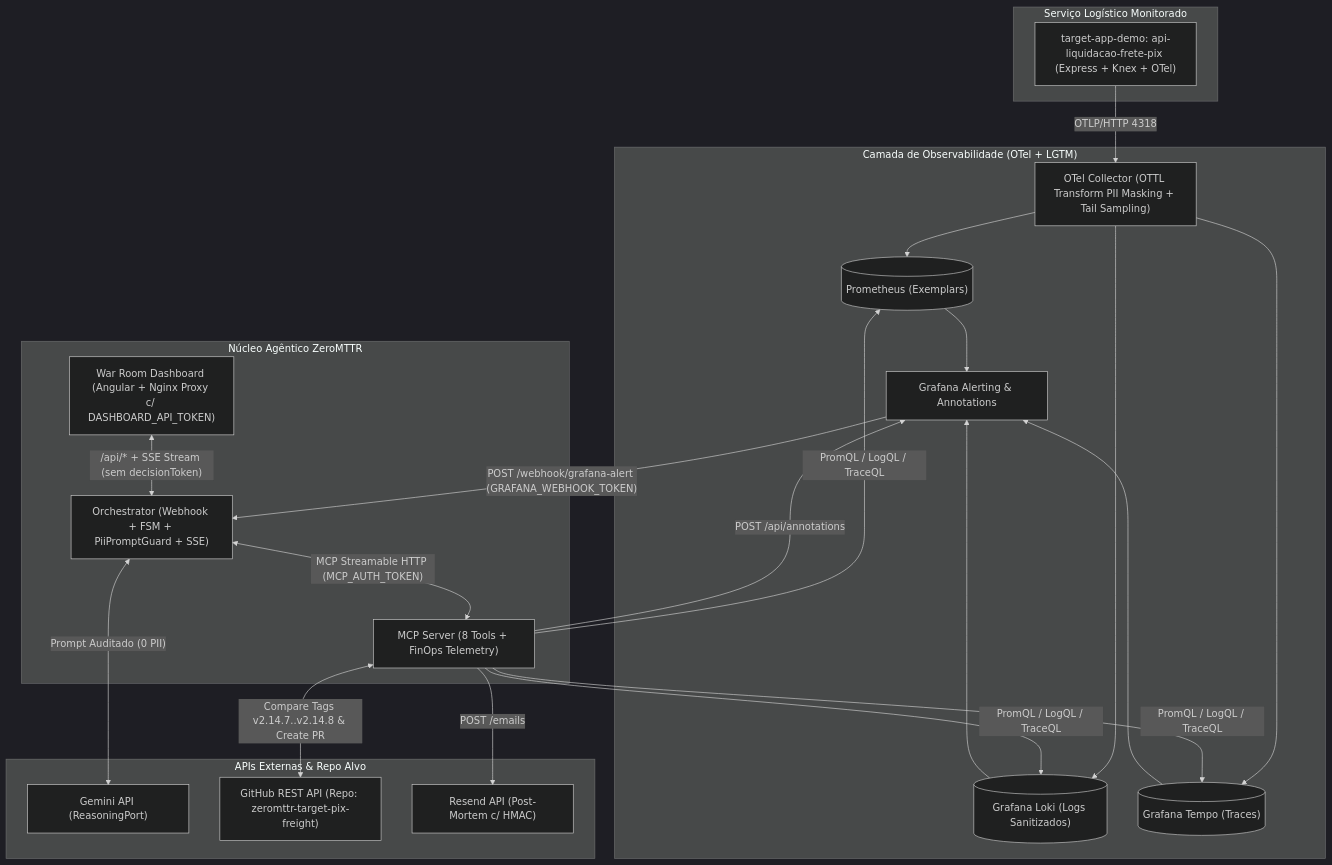
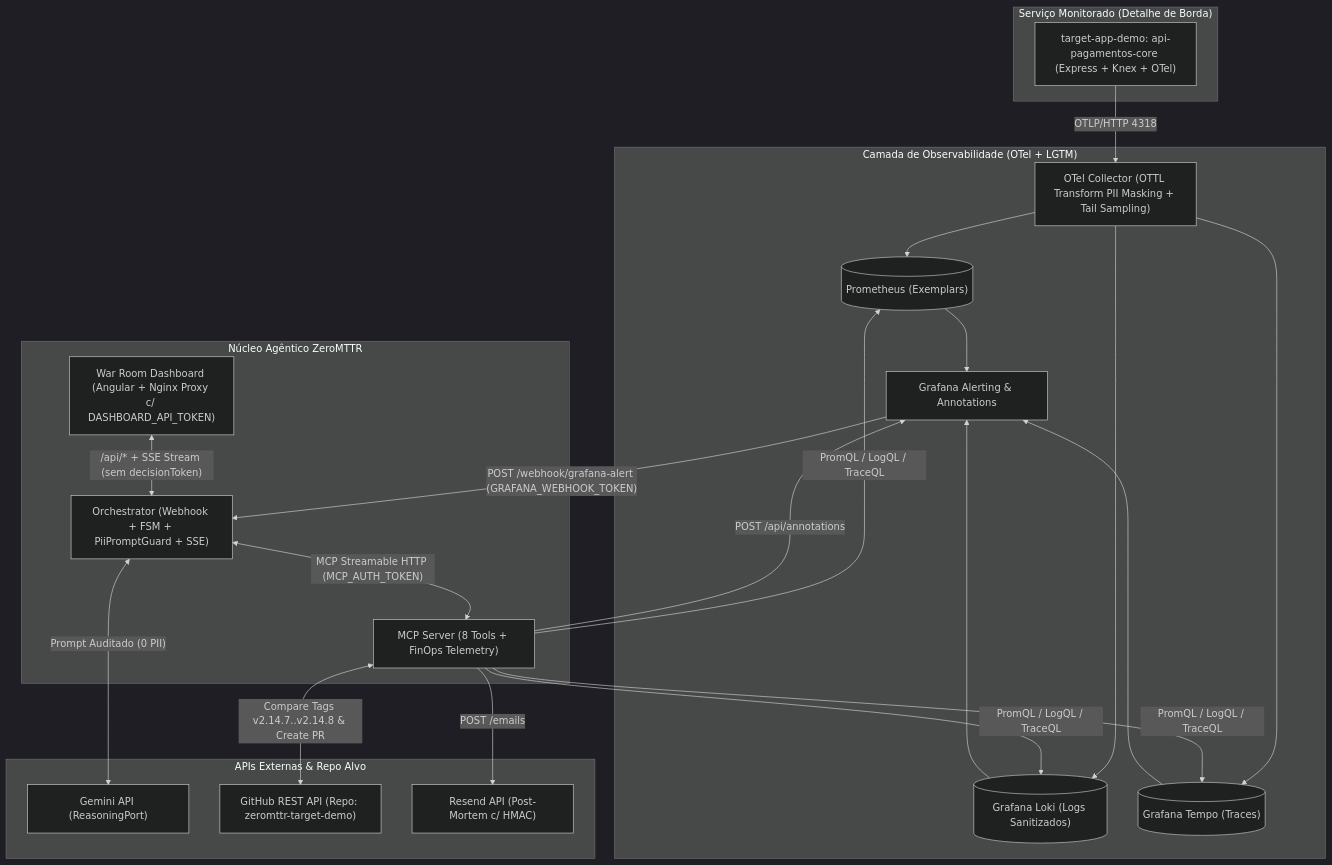
The second of 4 diagrams in docs/pt-BR/00_architecture_master.md (AdmilsonGoncalves/zeromttr), drawn with Mermaid (dark theme) before and after one commit. The commit also changed other lines of this file and 9 other files, not shown here.

Commit message:
docs: keep ZeroMTTR domain-agnostic (Clean Architecture) with api-pagamentos-core demo workload

````diff
--- a/docs/pt-BR/00_architecture_master.md
+++ b/docs/pt-BR/00_architecture_master.md
@@ -144,38 +144,38 @@
 ```mermaid
 flowchart TD
-    subgraph Workload["Serviço Logístico Monitorado"]
-        DEMO["target-app-demo: api-liquidacao-frete-pix (Express + Knex + OTel)"]
+    subgraph Workload["Serviço Monitorado (Detalhe de Borda)"]
+        DEMO["target-app-demo: api-pagamentos-core (Express + Knex + OTel)"]
     end
 
     subgraph Observability["Camada de Observabilidade (OTel + LGTM)"]
         OTEL["OTel Collector (OTTL Transform PII Masking + Tail Sampling)"]
         PROM[("Prometheus (Exemplars)")]
         LOKI[("Grafana Loki (Logs Sanitizados)")]
         TEMPO[("Grafana Tempo (Traces)")]
         GRAF["Grafana Alerting & Annotations"]
     end
 
     subgraph ZeroMTTR["Núcleo Agêntico ZeroMTTR"]
         DASH["War Room Dashboard (Angular + Nginx Proxy c/ DASHBOARD_API_TOKEN)"]
         ORCH["Orchestrator (Webhook + FSM + PiiPromptGuard + SSE)"]
         MCP["MCP Server (8 Tools + FinOps Telemetry)"]
     end
 
     subgraph External["APIs Externas & Repo Alvo"]
         LLM["Gemini API (ReasoningPort)"]
-        GH["GitHub REST API (Repo: zeromttr-target-pix-freight)"]
+        GH["GitHub REST API (Repo: zeromttr-target-demo)"]
         RS["Resend API (Post-Mortem c/ HMAC)"]
     end
 
     DEMO -->|"OTLP/HTTP 4318"| OTEL
     OTEL --> PROM & LOKI & TEMPO
     PROM & LOKI & TEMPO --> GRAF
     GRAF -->|"POST /webhook/grafana-alert (GRAFANA_WEBHOOK_TOKEN)"| ORCH
     DASH <-->|"/api/* + SSE Stream (sem decisionToken)"| ORCH
     ORCH <-->|"MCP Streamable HTTP (MCP_AUTH_TOKEN)"| MCP
     ORCH <-->|"Prompt Auditado (0 PII)"| LLM
     MCP -->|"PromQL / LogQL / TraceQL"| PROM & LOKI & TEMPO
     MCP -->|"POST /api/annotations"| GRAF
     MCP <-->|"Compare Tags v2.14.7..v2.14.8 & Create PR"| GH
     MCP -->|"POST /emails"| RS
 ```
````
